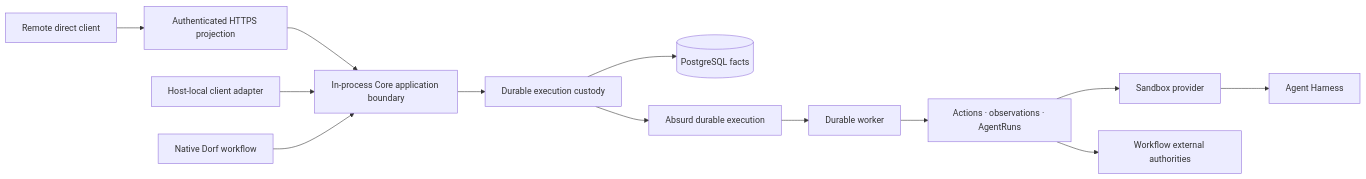
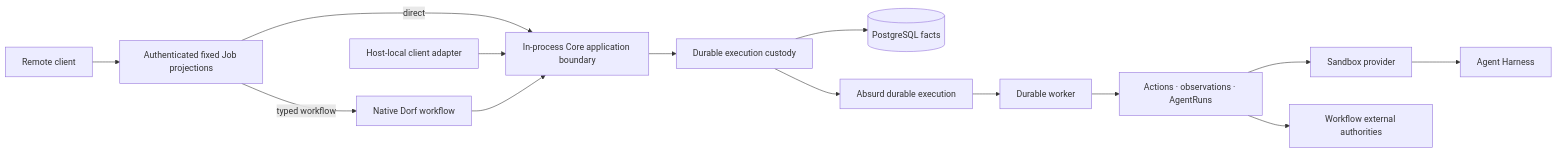
Before and after one commit to aphronio/dorf: the diagram in docs/project/architecture.md, drawn with Mermaid. The commit also changed other lines of this file and 39 other files, not shown here.

Commit message:
feat(control): add typed workflow admission

````diff
--- a/docs/project/architecture.md
+++ b/docs/project/architecture.md
@@ -11,15 +11,16 @@
 ```mermaid
 flowchart LR
-    Remote["Remote direct client"] --> HTTPS["Authenticated HTTPS projection"]
-    HTTPS --> Core["In-process Core application boundary"]
+    Remote["Remote client"] --> HTTPS["Authenticated fixed Job projections"]
+    HTTPS -->|direct| Core["In-process Core application boundary"]
     Client["Host-local client adapter"] --> Core
     Workflow["Native Dorf workflow"] --> Core
+    HTTPS -->|typed workflow| Workflow
     Core --> Custody["Durable execution custody"]
     Custody --> PG[("PostgreSQL facts")]
     Custody --> Absurd["Absurd durable execution"]
     Absurd --> Worker["Durable worker"]
     Worker --> Edge["Actions · observations · AgentRuns"]
     Edge --> Sandbox["Sandbox provider"]
     Edge --> External["Workflow external authorities"]
     Sandbox --> Harness["Agent Harness"]
 ```
````
